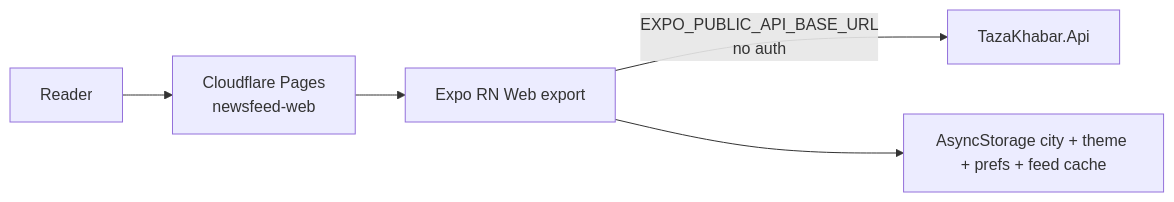
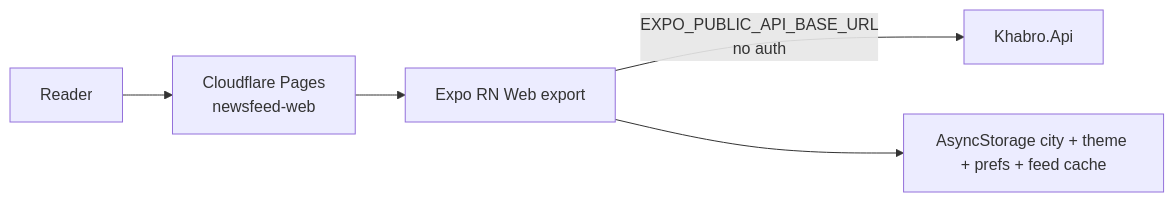
Before and after one commit to sshivanshg/TAZAkhabar: the first of 2 diagrams in docs/architecture/06-reader-app.md, drawn with Mermaid. The commit also changed other lines of this file and 91 other files, not shown here.

````diff
--- a/docs/architecture/06-reader-app.md
+++ b/docs/architecture/06-reader-app.md
@@ -37,7 +37,7 @@
 ```mermaid
 flowchart LR
   User[Reader] --> Pages[Cloudflare Pages<br/>newsfeed-web]
   Pages --> Expo[Expo RN Web export]
-  Expo -->|EXPO_PUBLIC_API_BASE_URL<br/>no auth| API[TazaKhabar.Api]
+  Expo -->|EXPO_PUBLIC_API_BASE_URL<br/>no auth| API[Khabro.Api]
   Expo --> Storage[AsyncStorage city + theme + prefs + feed cache]
 ```
````
